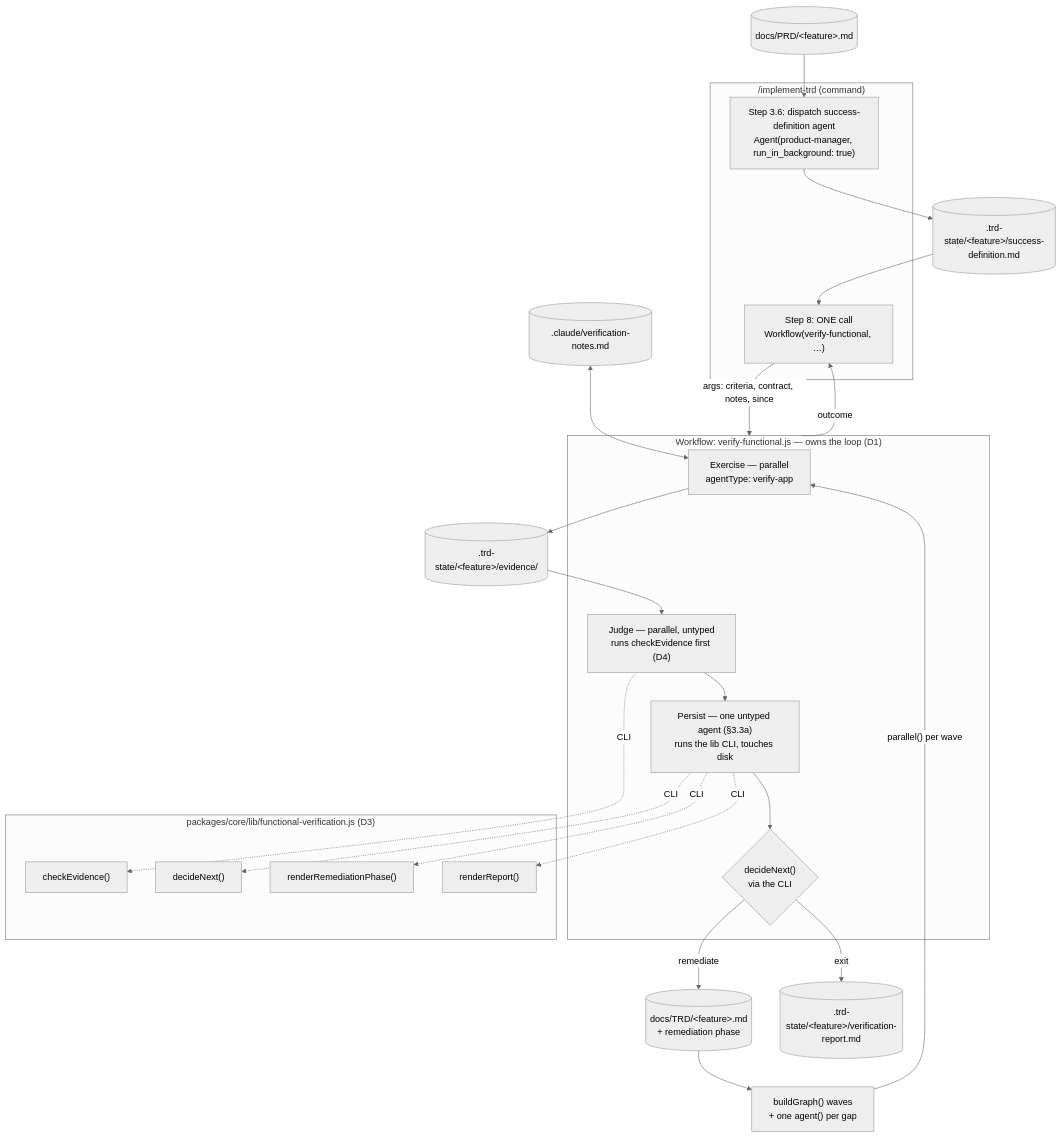
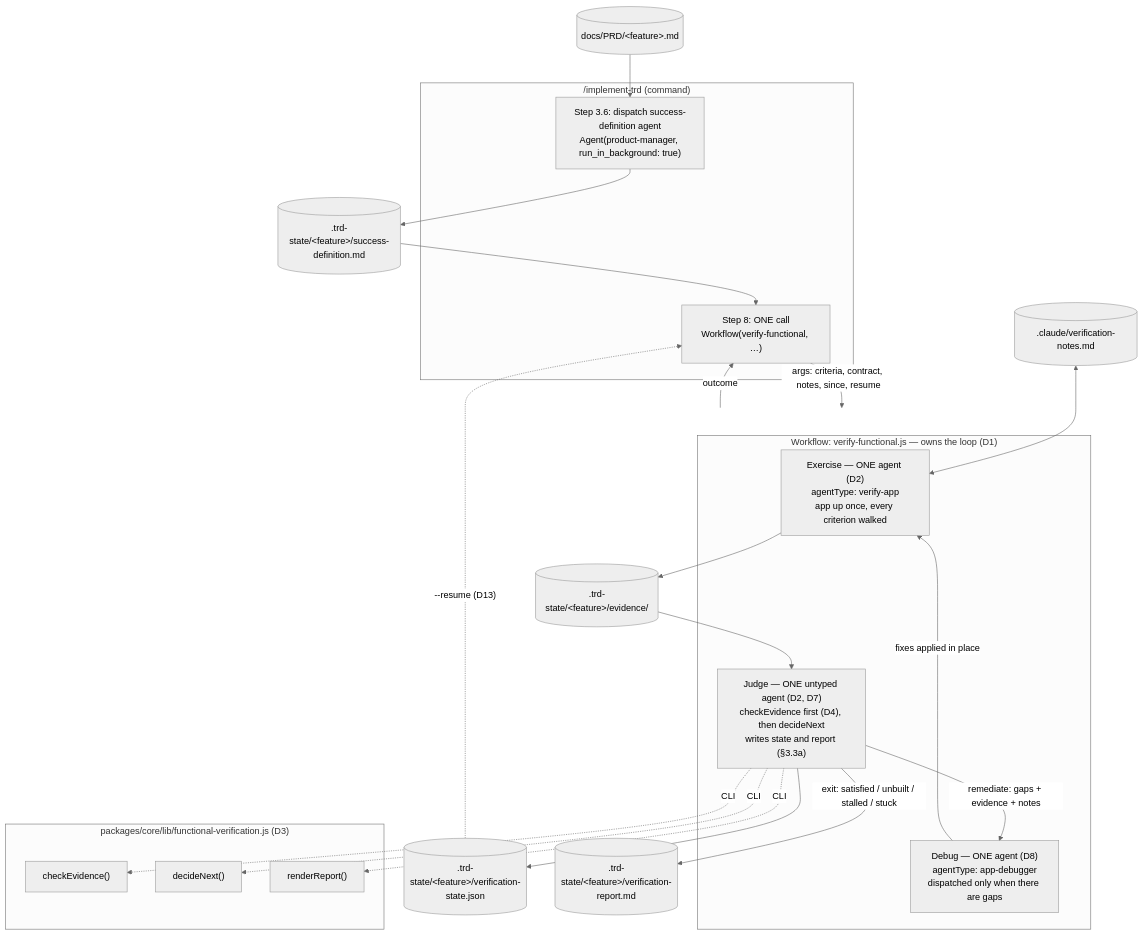
Before and after one commit to FortiumPartners/ensemble-vnext: the first of 3 diagrams in docs/TRD/functional-verification.md, drawn with Mermaid (neutral theme). The commit also changed other lines of this file, not shown here.

First line of the commit message:
docs(TRD)!: v2.0.0 — the verification loop is three agents, no graph

````diff
--- a/docs/TRD/functional-verification.md
+++ b/docs/TRD/functional-verification.md
@@ -113,42 +142,36 @@
 ```mermaid
 graph TB
     subgraph CMD["/implement-trd (command)"]
         DERIVE["Step 3.6: dispatch success-definition agent<br/>Agent(product-manager, run_in_background: true)"]
         CALL["Step 8: ONE call<br/>Workflow(verify-functional, …)"]
     end
 
     subgraph WF["Workflow: verify-functional.js — owns the loop (D1)"]
-        EX["Exercise — parallel<br/>agentType: verify-app"]
-        JU["Judge — parallel, untyped<br/>runs checkEvidence first (D4)"]
-        PS["Persist — one untyped agent (§3.3a)<br/>runs the lib CLI, touches disk"]
-        DEC{"decideNext()<br/>via the CLI"}
+        EX["Exercise — ONE agent (D2)<br/>agentType: verify-app<br/>app up once, every criterion walked"]
+        JU["Judge — ONE untyped agent (D2, D7)<br/>checkEvidence first (D4), then decideNext<br/>writes state and report (§3.3a)"]
+        DB["Debug — ONE agent (D8)<br/>agentType: app-debugger<br/>dispatched only when there are gaps"]
     end
 
     subgraph LIB["packages/core/lib/functional-verification.js (D3)"]
         CHK["checkEvidence()"]
         DECF["decideNext()"]
-        REM["renderRemediationPhase()"]
         REP["renderReport()"]
     end
-
-    IP["buildGraph() waves<br/>+ one agent() per gap"]
 
     PRD[("docs/PRD/&lt;feature&gt;.md")] --> DERIVE
     DERIVE --> SD[(".trd-state/&lt;feature&gt;/success-definition.md")]
     SD --> CALL
-    CALL -->|args: criteria, contract, notes, since| WF
+    CALL -->|"args: criteria, contract, notes, since, resume"| WF
     EX --> EV[(".trd-state/&lt;feature&gt;/evidence/")]
     EV --> JU
     JU -.->|CLI| CHK
+    JU -.->|CLI| DECF
+    JU -.->|CLI| REP
     NOTES[(".claude/verification-notes.md")] <--> EX
-    JU --> PS
-    PS -.->|CLI| DECF
-    PS -.->|CLI| REM
-    PS -.->|CLI| REP
-    PS --> DEC
-    DEC -->|remediate| TRD[("docs/TRD/&lt;feature&gt;.md<br/>+ remediation phase")]
-    TRD --> IP
-    IP -->|"parallel() per wave"| EX
-    DEC -->|exit| RPT[(".trd-state/&lt;feature&gt;/verification-report.md")]
+    JU --> ST[(".trd-state/&lt;feature&gt;/verification-state.json")]
+    JU -->|"remediate: gaps + evidence + notes"| DB
+    DB -->|"fixes applied in place"| EX
+    JU -->|"exit: satisfied / unbuilt / stalled / stuck"| RPT[(".trd-state/&lt;feature&gt;/verification-report.md")]
+    ST -.->|"--resume (D13)"| CALL
     WF -->|outcome| CALL
 ```
````
